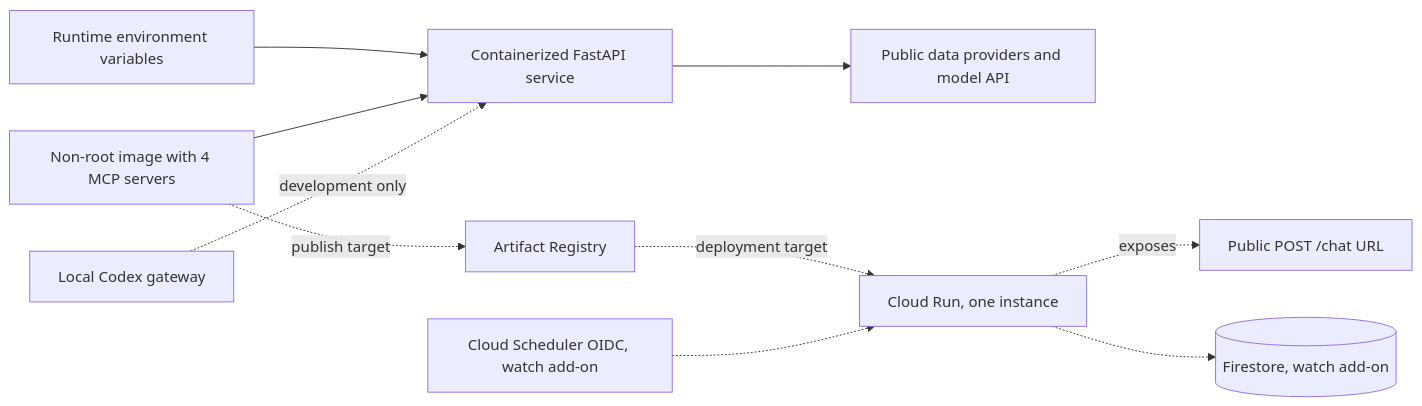
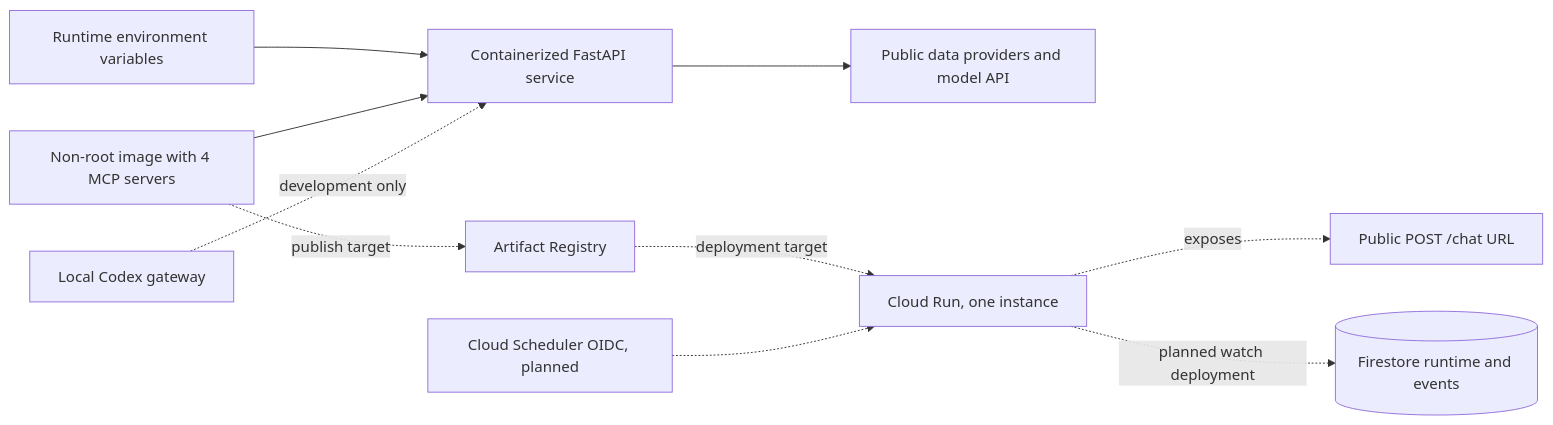
Before and after one commit to waderylan/prediction-market-agent: the third of 4 diagrams in README.md, drawn with Mermaid. The commit also changed other lines of this file and 24 other files, not shown here.

````diff
--- a/README.md
+++ b/README.md
@@ -262,12 +264,12 @@
 ```mermaid
 flowchart LR
     ENV[Runtime environment variables] --> APP[Containerized FastAPI service]
     IMG[Non-root image with 4 MCP servers] --> APP
     APP --> EXT[Public data providers and model API]
     IMG -. publish target .-> AR[Artifact Registry]
     AR -. deployment target .-> CR[Cloud Run, one instance]
     CR -. exposes .-> URL[Public POST /chat URL]
-    CR -.-> FS[(Firestore, watch add-on)]
-    SCH[Cloud Scheduler OIDC, watch add-on] -.-> CR
+    CR -. planned watch deployment .-> FS[(Firestore runtime and events)]
+    SCH[Cloud Scheduler OIDC, planned] -.-> CR
     DEV[Local Codex gateway] -. development only .-> APP
 ```
````
